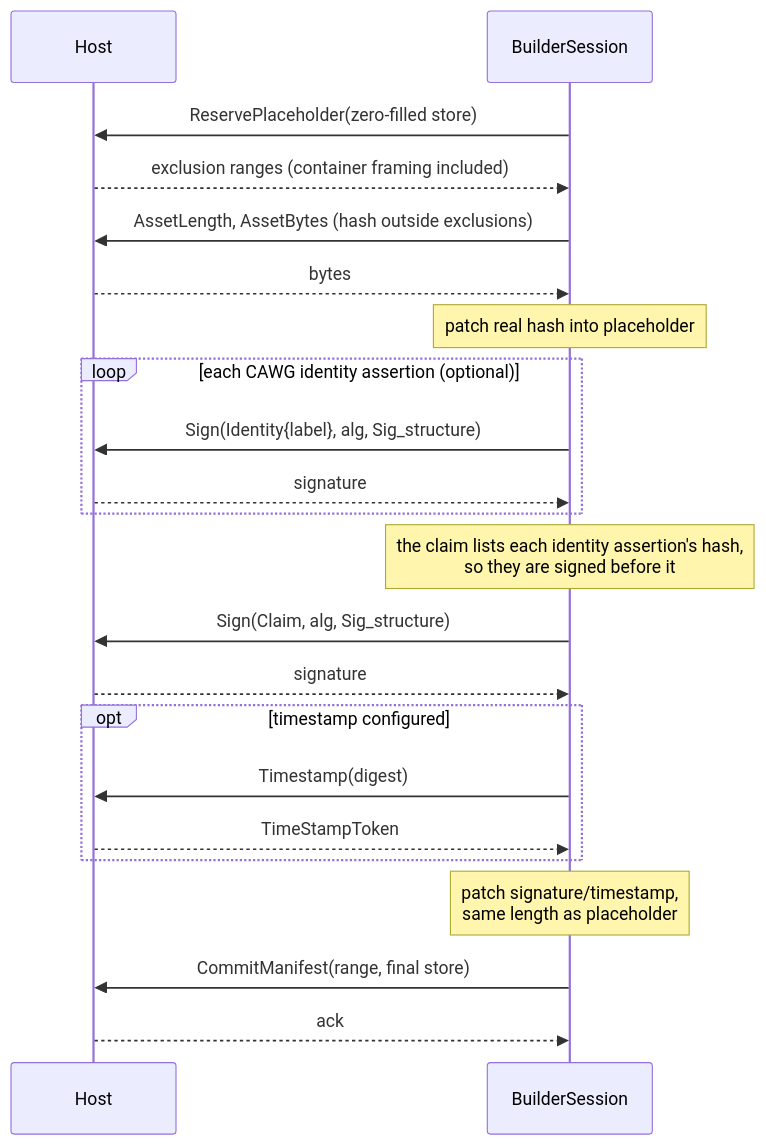
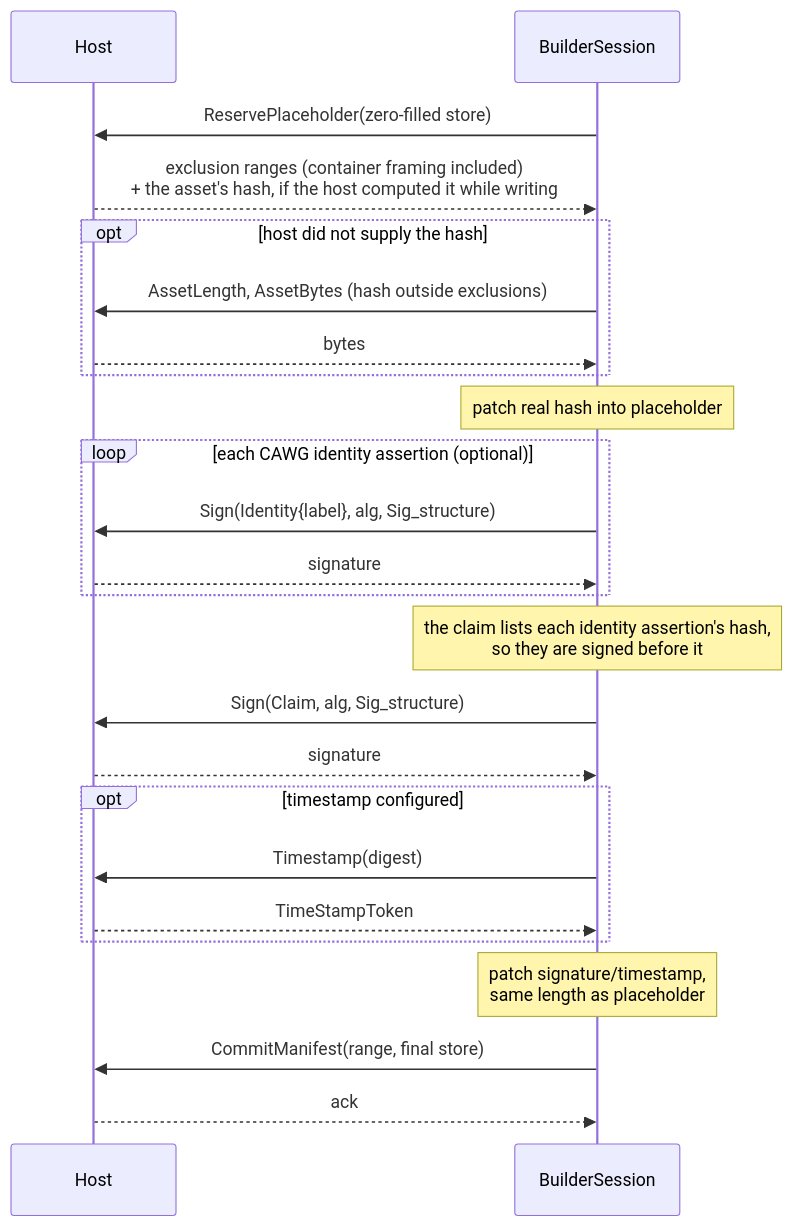
Before and after one commit to scouten/state-machine-experiment: the first of 2 diagrams in docs/walkthrough/04-write-path.md, drawn with Mermaid. The commit also changed other lines of this file and 52 other files, not shown here.

````diff
--- a/docs/walkthrough/04-write-path.md
+++ b/docs/walkthrough/04-write-path.md
@@ -16,24 +16,26 @@
 ```mermaid
 sequenceDiagram
     participant H as Host
     participant B as BuilderSession
     B->>H: ReservePlaceholder(zero-filled store)
-    H-->>B: exclusion ranges (container framing included)
-    B->>H: AssetLength, AssetBytes (hash outside exclusions)
-    H-->>B: bytes
+    H-->>B: exclusion ranges (container framing included)<br/>+ the asset's hash, if the host computed it while writing
+    opt host did not supply the hash
+        B->>H: AssetLength, AssetBytes (hash outside exclusions)
+        H-->>B: bytes
+    end
     Note over B: patch real hash into placeholder
     loop each CAWG identity assertion (optional)
         B->>H: Sign(Identity{label}, alg, Sig_structure)
         H-->>B: signature
     end
     Note over B: the claim lists each identity assertion's hash,<br/>so they are signed before it
     B->>H: Sign(Claim, alg, Sig_structure)
     H-->>B: signature
     opt timestamp configured
         B->>H: Timestamp(digest)
         H-->>B: TimeStampToken
     end
     Note over B: patch signature/timestamp,<br/>same length as placeholder
     B->>H: CommitManifest(range, final store)
     H-->>B: ack
 ```
````
